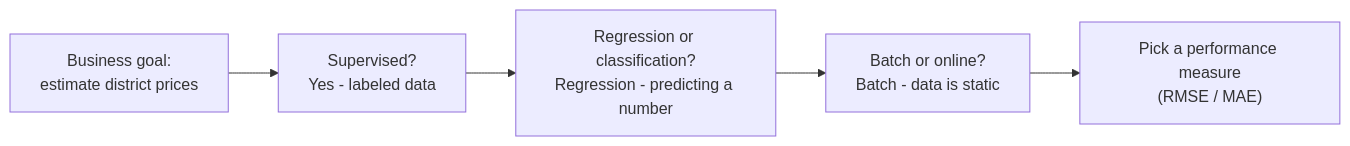
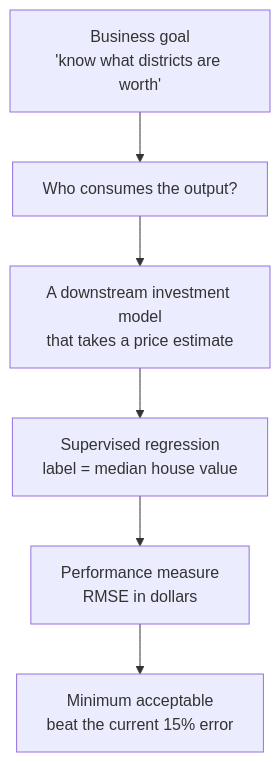
Before and after one commit to Ravikisha/PythonCentralHub: the diagram in src/content/docs/Machine Learning/Phase 02 - Data Preprocessing & Feature Engineering/Framing an ML Problem & Getting the Data.mdx, drawn with Mermaid. The commit also changed other lines of this file and 1327 other files, not shown here.

````diff
--- a/src/content/docs/Machine Learning/Phase 02 - Data Preprocessing & Feature Engineering/Framing an ML Problem & Getting the Data.mdx
+++ b/src/content/docs/Machine Learning/Phase 02 - Data Preprocessing & Feature Engineering/Framing an ML Problem & Getting the Data.mdx
@@ -38,7 +29,8 @@
-```mermaid title="Framing the problem" desc="From a business question to a concrete ML task."
-flowchart LR
-  A["Business goal:<br/>estimate district prices"] --> B["Supervised?<br/>Yes - labeled data"]
-  B --> C["Regression or classification?<br/>Regression - predicting a number"]
-  C --> D["Batch or online?<br/>Batch - data is static"]
-  D --> E["Pick a performance measure<br/>(RMSE / MAE)"]
+```mermaid
+flowchart TD
+  A["Business goal<br/>'know what districts are worth'"] --> B["Who consumes the output?"]
+  B --> C["A downstream investment model<br/>that takes a price estimate"]
+  C --> D["Supervised regression<br/>label = median house value"]
+  D --> E["Performance measure<br/>RMSE in dollars"]
+  E --> F["Minimum acceptable<br/>beat the current 15% error"]
 ```
````
